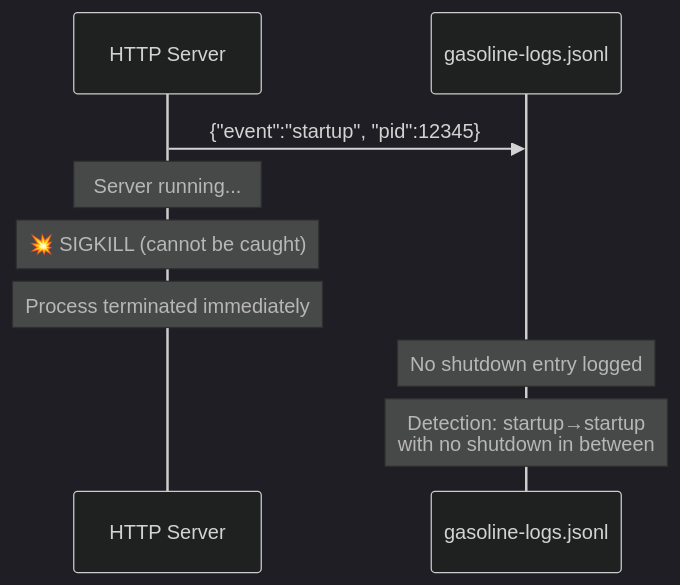
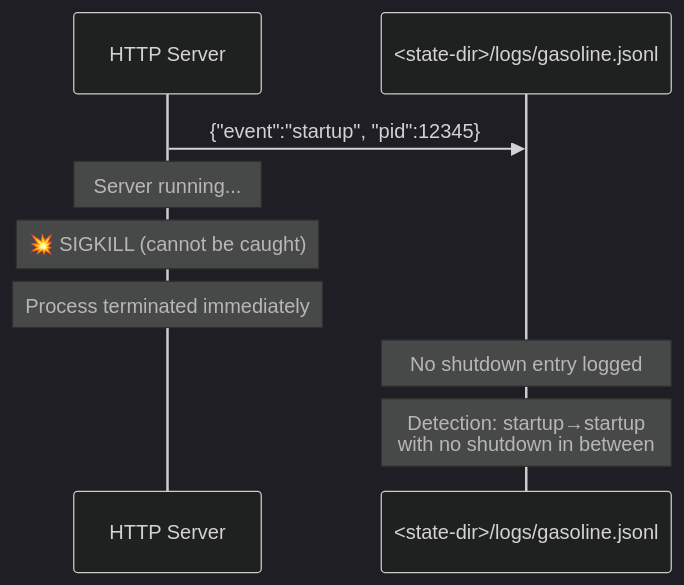
Diagram 15 of 17 in docs/features/mcp-persistent-server/architecture.md (brennhill/gasoline-mcp-ai-devtools), drawn with Mermaid (dark theme) before and after one commit. The commit also changed other lines of this file and 975 other files, not shown here.

````diff
--- a/docs/features/mcp-persistent-server/architecture.md
+++ b/docs/features/mcp-persistent-server/architecture.md
@@ -464,13 +468,13 @@
 ```mermaid
 sequenceDiagram
     participant Server as HTTP Server
-    participant Logs as gasoline-logs.jsonl
+    participant Logs as <state-dir>/logs/gasoline.jsonl
 
     Server->>Logs: {"event":"startup", "pid":12345}
     Note over Server: Server running...
     Note over Server: 💥 SIGKILL (cannot be caught)
     Note over Server: Process terminated immediately
     Note over Logs: No shutdown entry logged
 
     Note over Logs: Detection: startup→startup<br/>with no shutdown in between
 ```
````
